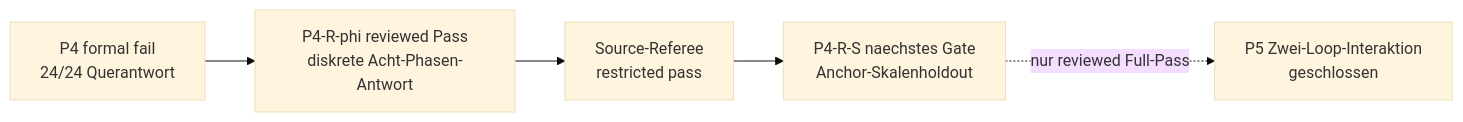
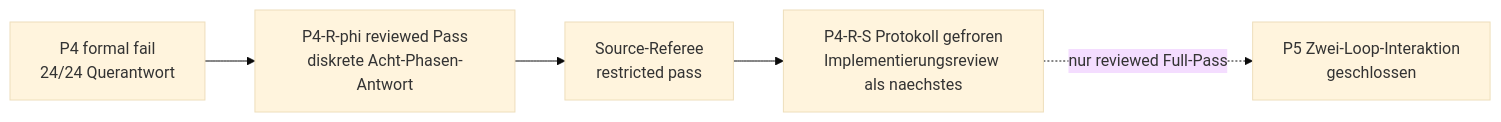
The diagram in docs/status/project_priorities.md (MemoryDynamics/Knoten), drawn with Mermaid (base theme) before and after one commit. The commit also changed other lines of this file and 11 other files, not shown here.

````diff
--- a/docs/status/project_priorities.md
+++ b/docs/status/project_priorities.md
@@ -43,13 +44,13 @@
 ```mermaid
 flowchart LR
     p4["P4 formal fail<br/>24/24 Querantwort"]
     p4rphi["P4-R-phi reviewed Pass<br/>diskrete Acht-Phasen-Antwort"]
     referee["Source-Referee<br/>restricted pass"]
-    p4rs["P4-R-S naechstes Gate<br/>Anchor-Skalenholdout"]
+    p4rs["P4-R-S Protokoll gefroren<br/>Implementierungsreview als naechstes"]
     p5["P5 Zwei-Loop-Interaktion<br/>geschlossen"]
 
     p4 --> p4rphi
     p4rphi --> referee
     referee --> p4rs
     p4rs -. nur reviewed Full-Pass .-> p5
 ```
````
